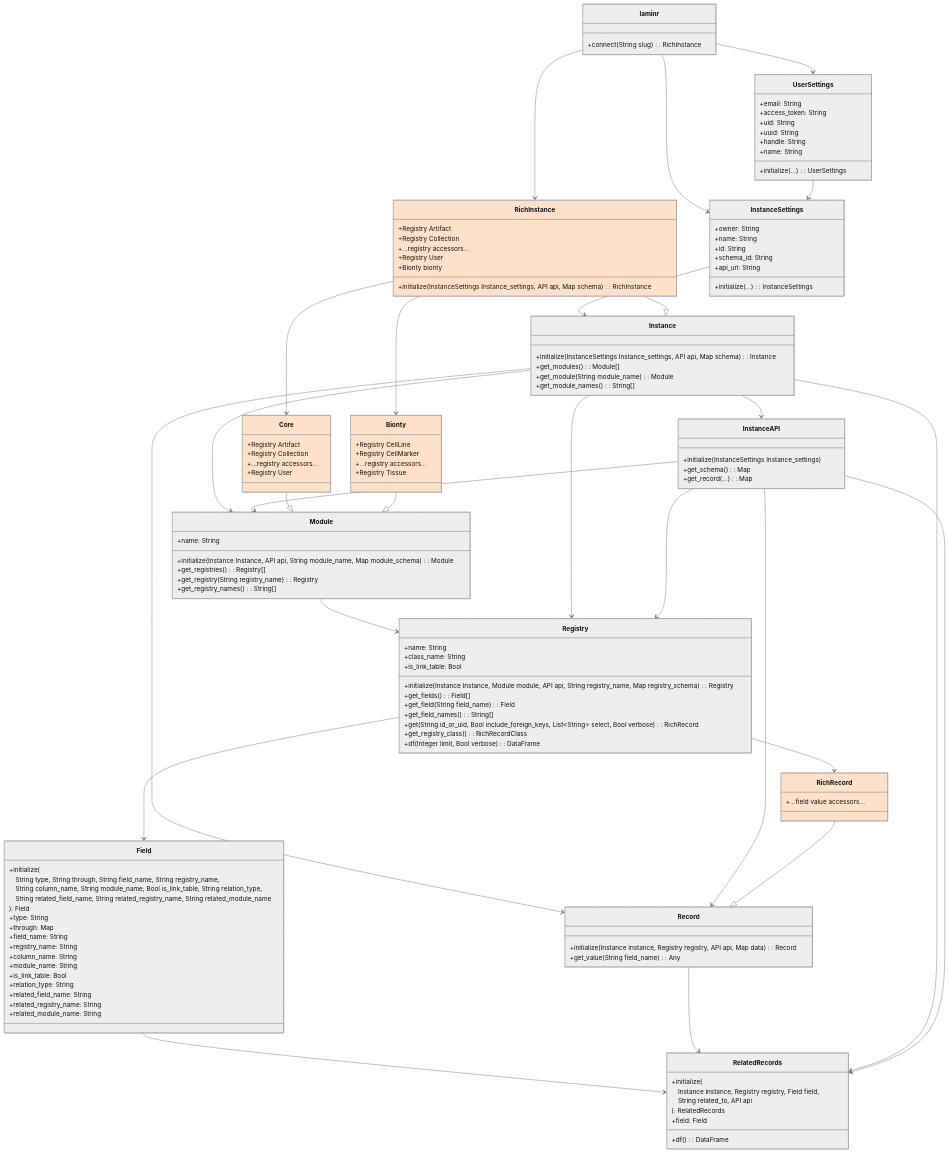
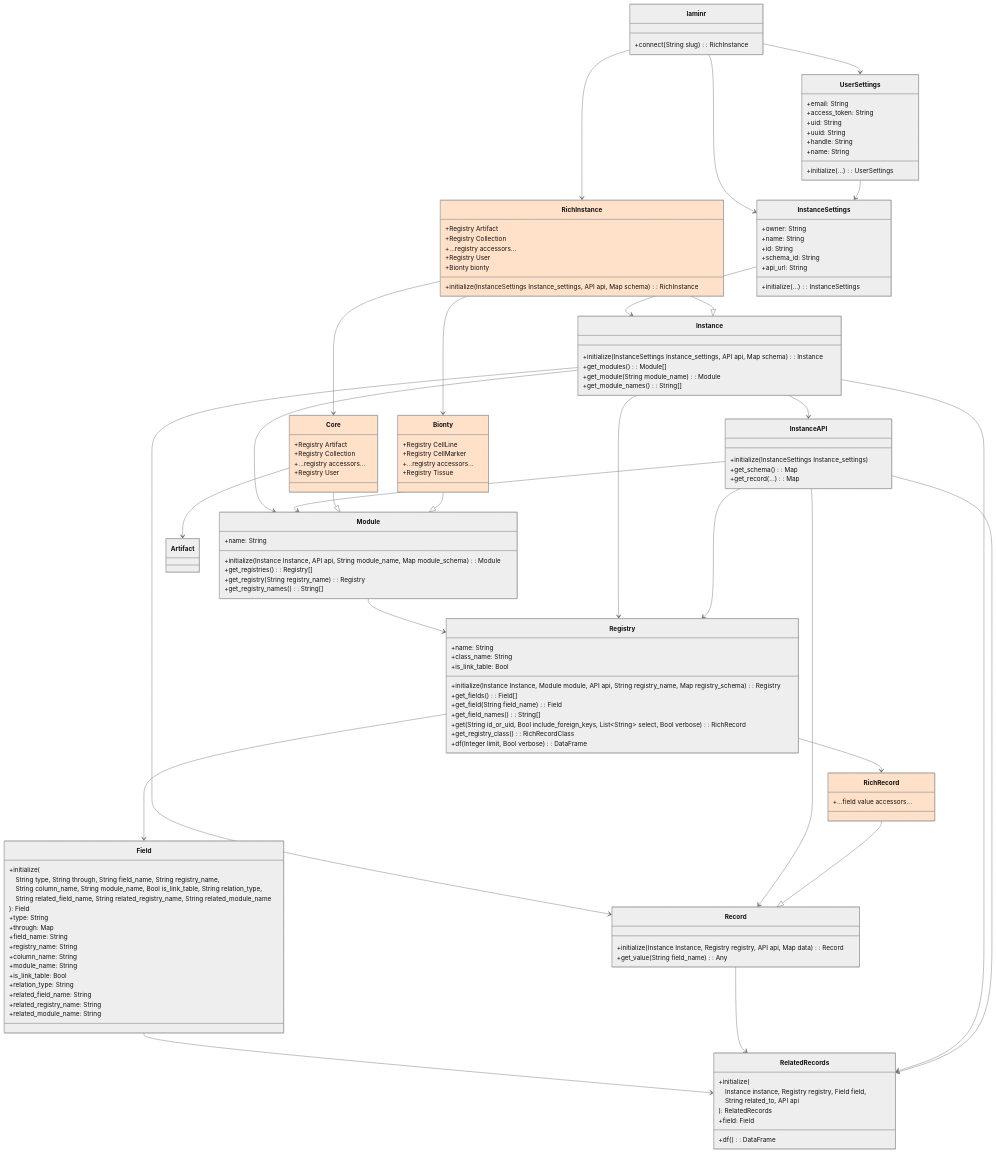
Before and after one commit to laminlabs/laminr: the second of 2 diagrams in vignettes/architecture.qmd, drawn with Mermaid (neutral theme).

Commit message:
Add missing Core --> Artifact link

```diff
--- a/vignettes/architecture.qmd
+++ b/vignettes/architecture.qmd
@@ -182,6 +182,7 @@
     laminr --> RichInstance
     Core --|> Module
     RichInstance --> Core
+    Core --> Artifact
     Bionty --|> Module
     RichInstance --> Bionty
     Registry --> RichRecord
```
